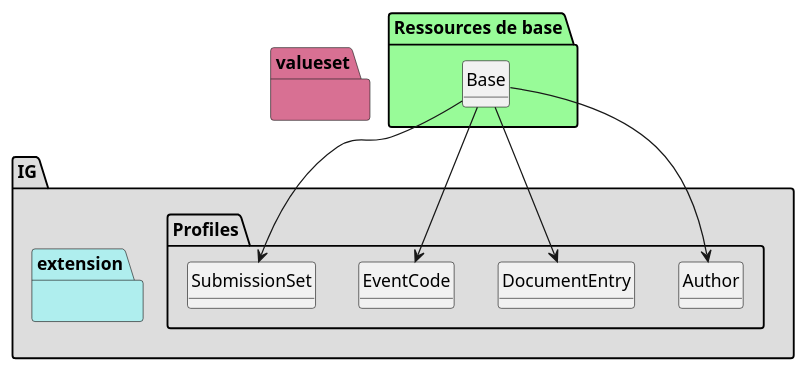
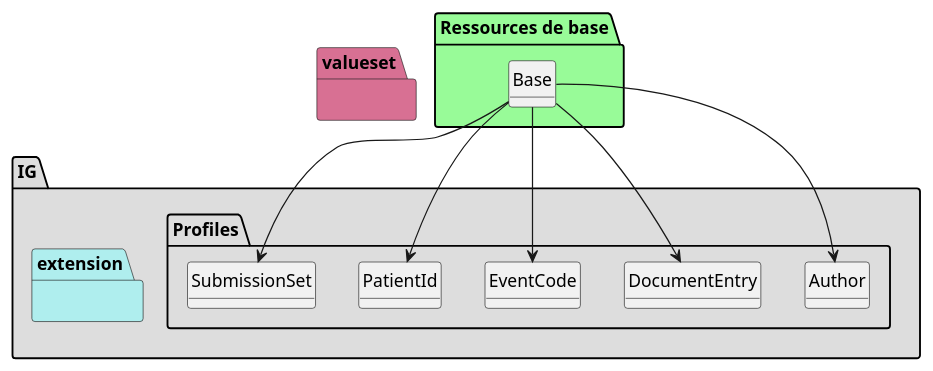
One commit to ansforge/IG-FHIR-PDSM4DMP-EEDS changed the diagram in add-info-dmp/plantuml/graph.puml. Above: the diagram before and after it, drawn with PlantUML. The commit also changed 162 other files, not shown here.

```diff
--- a/add-info-dmp/plantuml/graph.puml
+++ b/add-info-dmp/plantuml/graph.puml
@@ -1,104 +1,150 @@
 @startuml
 set namespaceSeparator ?
 hide circle
 hide class fields
 
 package IG #DDDDDD{
 
      package Profiles #DDDDDD{
 
         class Author{
 
              Author => [None..None]
              Author.institution => [0..1]
-             Author.person => [0..1]
+             Author.institution.XON1 => [1..1]
+             Author.institution.XON6 => [1..1]
+             Author.institution.XON7 => [1..1]
+             Author.institution.XON10 => [1..1]
+             Author.person => [1..1]
+             Author.person.XCN1 => [1..1]
+             Author.person.XCN2 => [1..1]
+             Author.person.XCN3 => [1..1]
+             Author.person.XCN9 => [1..1]
+             Author.person.XCN10 => [1..1]
+             Author.person.XCN13 => [1..1]
              Author.role => [1..1]
              Author.specialty => [0..1]
-             Author.telecommunication => [0..1]
         } 
 
         class DocumentEntry{
 
              DocumentEntry => [None..None]
              DocumentEntry.entryUUID => [1..1]
              DocumentEntry.logicalId => [1..1]
              DocumentEntry.mimeType => [1..1]
              DocumentEntry.availabilityStatus => [1..1]
              DocumentEntry.hash => [1..1]
              DocumentEntry.size => [1..1]
              DocumentEntry.languageCode => [1..1]
-             DocumentEntry.legalAuthenticator => [0..1]
+             DocumentEntry.author => [1..*]
+             DocumentEntry.legalAuthenticator => [1..1]
+             DocumentEntry.legalAuthenticator.XCN1 => [1..1]
+             DocumentEntry.legalAuthenticator.XCN2 => [1..1]
+             DocumentEntry.legalAuthenticator.XCN3 => [1..1]
+             DocumentEntry.legalAuthenticator.XCN9 => [1..1]
+             DocumentEntry.legalAuthenticator.XCN10 => [1..1]
+             DocumentEntry.legalAuthenticator.XCN13 => [1..1]
              DocumentEntry.repositoryUniqueId => [1..1]
              DocumentEntry.serviceStartTime => [1..1]
              DocumentEntry.serviceEndTime => [0..1]
              DocumentEntry.sourcePatientID => [1..1]
+             DocumentEntry.sourcePatientID.CX1 => [1..1]
+             DocumentEntry.sourcePatientID.CX4 => [1..1]
+             DocumentEntry.sourcePatientID.CX5 => [1..1]
              DocumentEntry.sourcePatientInfo => [1..1]
+             DocumentEntry.sourcePatientInfo.PID3 => [0..1]
+             DocumentEntry.sourcePatientInfo.PID5 => [1..*]
+             DocumentEntry.sourcePatientInfo.PID7 => [0..1]
+             DocumentEntry.sourcePatientInfo.PID8 => [0..1]
+             DocumentEntry.sourcePatientInfo.PID11 => [0..1]
+             DocumentEntry.sourcePatientInfo.PID13 => [0..1]
+             DocumentEntry.sourcePatientInfo.PID14 => [0..1]
+             DocumentEntry.sourcePatientInfo.PID15 => [0..1]
+             DocumentEntry.sourcePatientInfo.PID16 => [0..1]
+             DocumentEntry.sourcePatientInfo.PID18 => [0..1]
+             DocumentEntry.sourcePatientInfo.PID21 => [0..1]
              DocumentEntry.URI => [1..1]
              DocumentEntry.title => [1..1]
              DocumentEntry.comments => [0..1]
              DocumentEntry.patientID => [1..1]
              DocumentEntry.uniqueId => [1..1]
              DocumentEntry.class => [1..1]
              DocumentEntry.confidentiality => [1..4]
              DocumentEntry.eventCodeList => [0..*]
              DocumentEntry.format => [1..1]
              DocumentEntry.healthcareFacilityTypeCode => [1..1]
-             DocumentEntry.practiceSetting => [0..1]
+             DocumentEntry.practiceSetting => [1..1]
              DocumentEntry.type => [1..1]
              DocumentEntry.documentAvailability => [0..1]
              DocumentEntry.homeCommunityId => [0..1]
              DocumentEntry.creationTime => [1..1]
              DocumentEntry.referenceIdList => [0..*]
+             DocumentEntry.referenceIdList.CX1 => [1..1]
+             DocumentEntry.referenceIdList.CX4 => [1..1]
+             DocumentEntry.referenceIdList.CX5 => [1..1]
+             DocumentEntry.version => [0..1]
         } 
 
         class EventCode{
 
              EventCode => [None..None]
              EventCode.eventCode => [1..1]
         } 
 
+        class PatientId{
+
+             PatientId => [None..None]
+             PatientId.CX1 => [1..1]
+             PatientId.CX4 => [1..1]
+             PatientId.CX5 => [1..1]
+        } 
+
         class SubmissionSet{
 
              SubmissionSet => [None..None]
              SubmissionSet.entryUUID => [1..1]
-             SubmissionSet.availabilityStatus => [0..1]
+             SubmissionSet.availabilityStatus => [1..1]
              SubmissionSet.submissionTime => [1..1]
              SubmissionSet.title => [0..1]
              SubmissionSet.comments => [0..1]
              SubmissionSet.patientID => [1..1]
              SubmissionSet.sourceID => [1..1]
              SubmissionSet.uniqueID => [1..1]
              SubmissionSet.contentTypeCode => [1..1]
              SubmissionSet.author => [1..1]
              SubmissionSet.homeCommunityID => [0..1]
              SubmissionSet.intendedRecipient => [0..*]
          }
 
      }
      package extension #paleturquoise {
 
 
          }
      }
      package valueset #PaleVioletRed{
        }
 
 package "Ressources de base" #palegreen {
 
  class "Base" as  class095a1b43effec73955e31e790438de49 
 
     class095a1b43effec73955e31e790438de49 --> Author
 
  class "Base" as  class095a1b43effec73955e31e790438de49 
 
     class095a1b43effec73955e31e790438de49 --> DocumentEntry
 
  class "Base" as  class095a1b43effec73955e31e790438de49 
 
     class095a1b43effec73955e31e790438de49 --> EventCode
 
  class "Base" as  class095a1b43effec73955e31e790438de49 
 
+    class095a1b43effec73955e31e790438de49 --> PatientId
+
+ class "Base" as  class095a1b43effec73955e31e790438de49 
+
     class095a1b43effec73955e31e790438de49 --> SubmissionSet
 }
 @enduml
```
